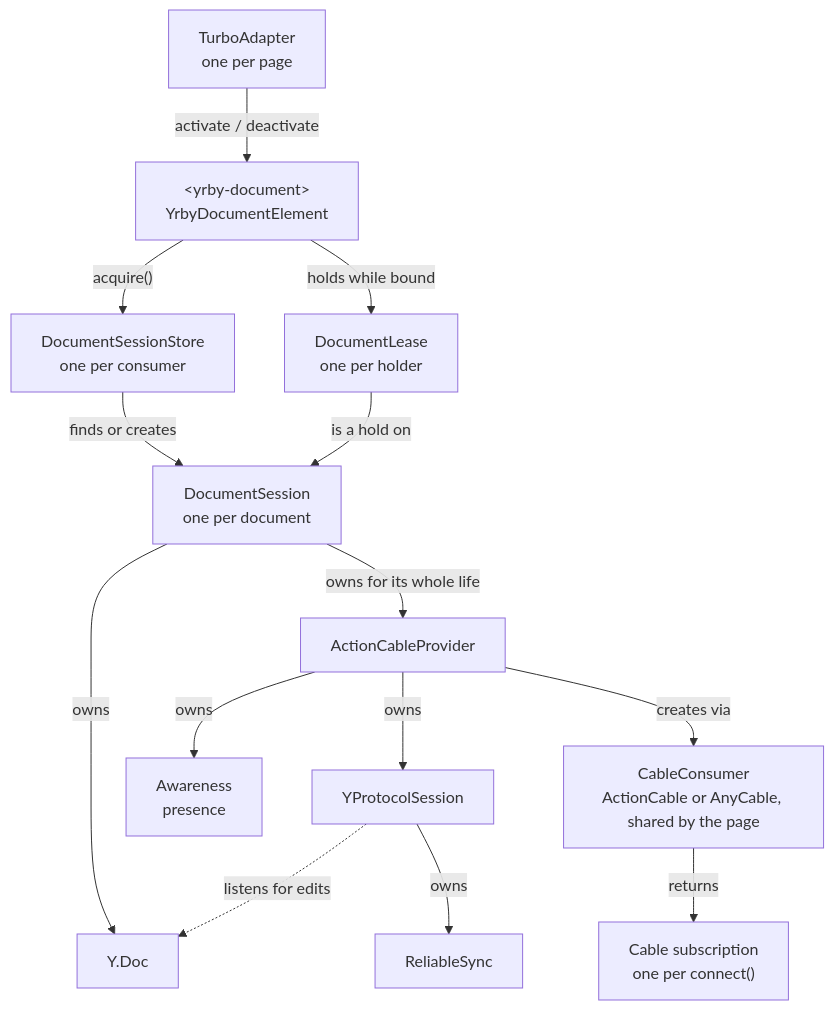
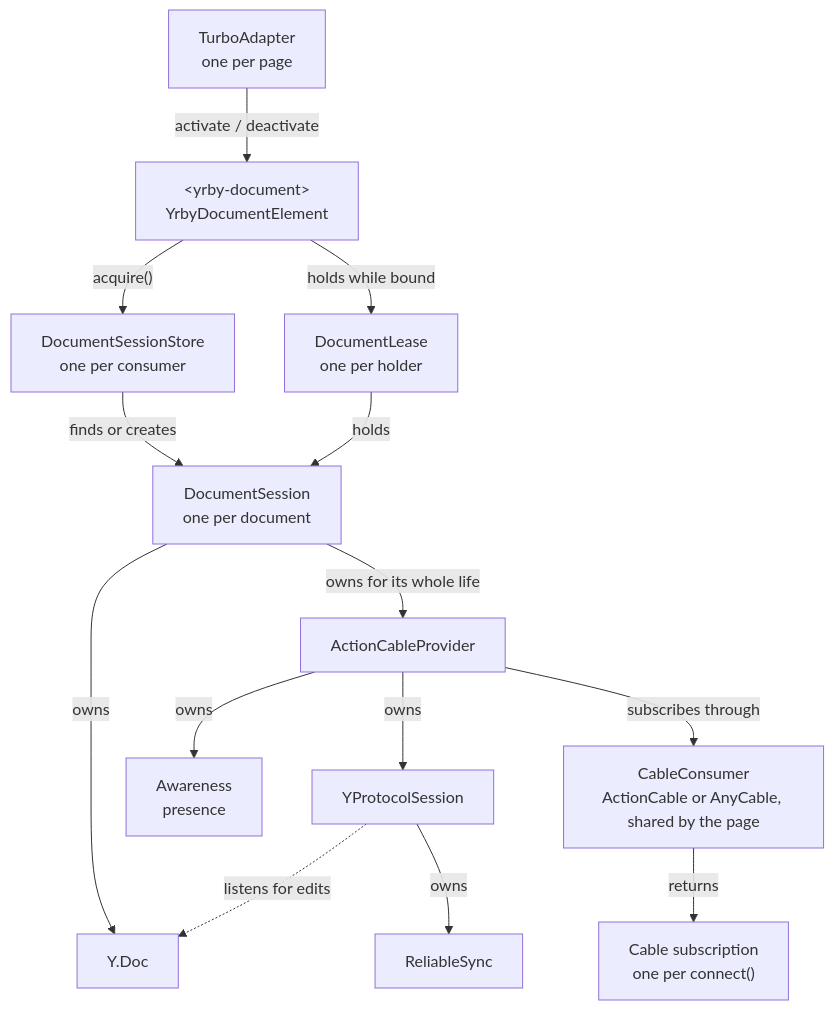
Before and after one commit to jpcamara/yrby: the diagram in packages/client/README.md, drawn with Mermaid. The commit also changed other lines of this file and 45 other files, not shown here.

````diff
--- a/packages/client/README.md
+++ b/packages/client/README.md
@@ -26,29 +26,29 @@
 ```mermaid
 flowchart TD
   Adapter["TurboAdapter<br/>one per page"]
   Element["&lt;yrby-document&gt;<br/>YrbyDocumentElement"]
   Consumer["CableConsumer<br/>ActionCable or AnyCable, shared by the page"]
   Store["DocumentSessionStore<br/>one per consumer"]
   Session["DocumentSession<br/>one per document"]
   Lease["DocumentLease<br/>one per holder"]
   Doc["Y.Doc"]
   Provider["ActionCableProvider"]
   Awareness["Awareness<br/>presence"]
   Subscription["Cable subscription<br/>one per connect()"]
   Protocol["YProtocolSession"]
   Delivery["ReliableSync"]
 
   Adapter -->|"activate / deactivate"| Element
   Element -->|"acquire()"| Store
   Store -->|"finds or creates"| Session
   Element -->|"holds while bound"| Lease
-  Lease -->|"is a hold on"| Session
+  Lease -->|"holds"| Session
   Session -->|"owns"| Doc
   Session -->|"owns for its whole life"| Provider
   Provider -->|"owns"| Awareness
   Provider -->|"owns"| Protocol
-  Provider -->|"creates via"| Consumer
+  Provider -->|"subscribes through"| Consumer
   Consumer -->|"returns"| Subscription
   Protocol -->|"owns"| Delivery
   Protocol -.->|"listens for edits"| Doc
 ```
````
